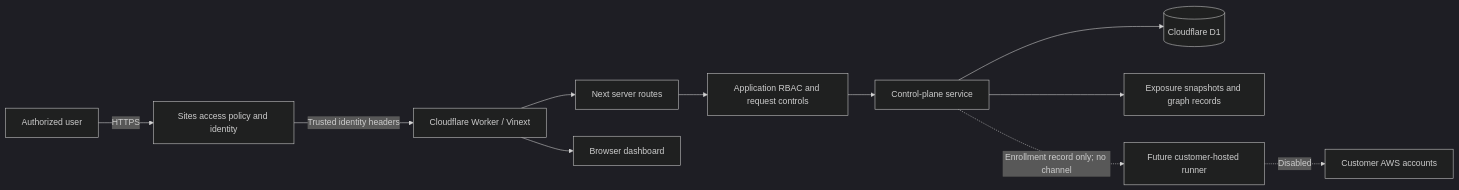
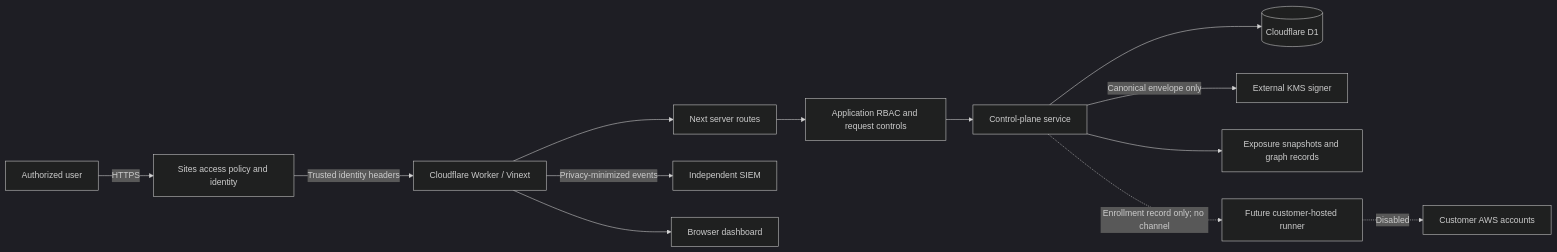
The first of 2 diagrams in docs/architecture.md (jaysonguglietta/CloudPen), drawn with Mermaid (dark theme) before and after one commit. The commit also changed other lines of this file and 49 other files, not shown here.

````diff
--- a/docs/architecture.md
+++ b/docs/architecture.md
@@ -9,13 +9,15 @@
 ```mermaid
 flowchart LR
   U["Authorized user"] -->|HTTPS| S["Sites access policy and identity"]
   S -->|Trusted identity headers| W["Cloudflare Worker / Vinext"]
   W --> P["Next server routes"]
   P --> A["Application RBAC and request controls"]
   A --> C["Control-plane service"]
   C --> D[("Cloudflare D1")]
+  C -->|"Canonical envelope only"| K["External KMS signer"]
+  W -->|"Privacy-minimized events"| Q["Independent SIEM"]
   W --> B["Browser dashboard"]
   C --> X["Exposure snapshots and graph records"]
   C -. "Enrollment record only; no channel" .-> R["Future customer-hosted runner"]
   R -. "Disabled" .-> AWS["Customer AWS accounts"]
 ```
````
